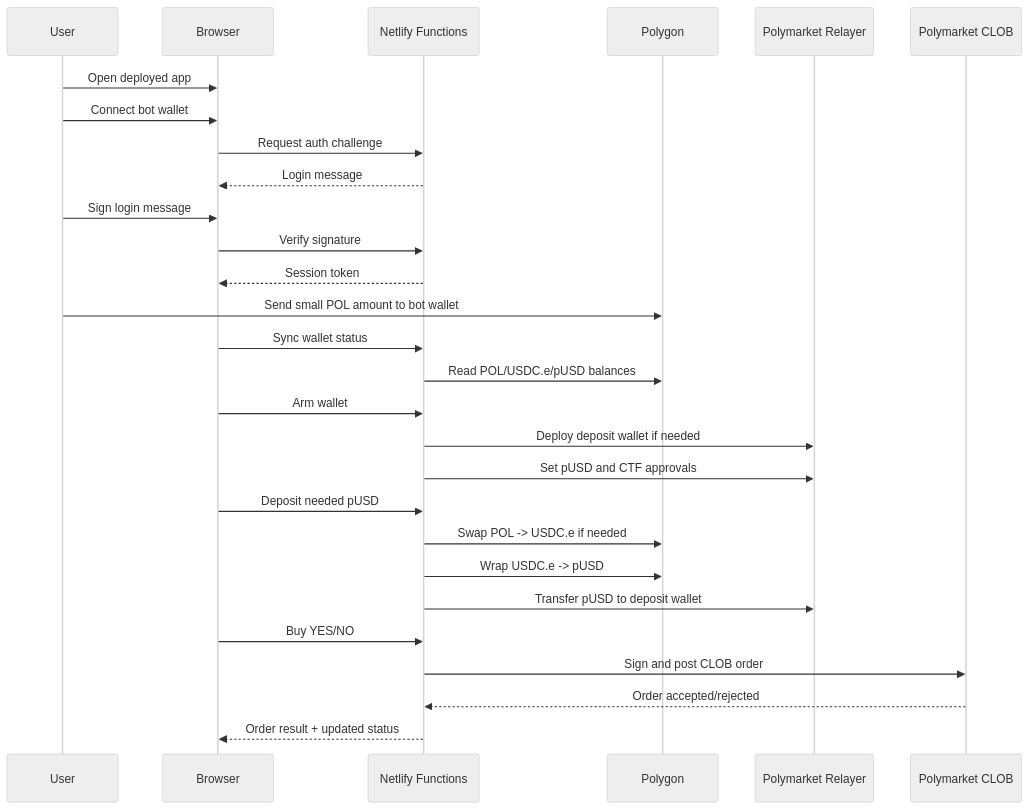
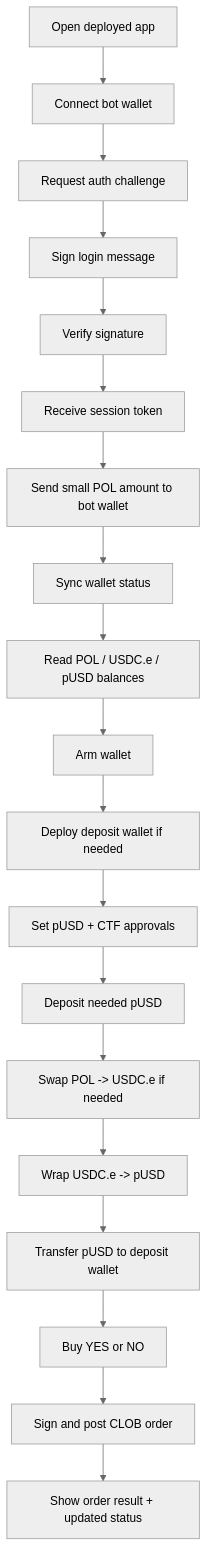
Before and after one commit to alphastack1/POLYMARKET-WIZARD: the fourth of 10 diagrams in docs/polymarket-wizard-guide.md, drawn with Mermaid (neutral theme). The commit also changed other lines of this file and 1 other file, not shown here.

Commit message:
Mask guide secrets and verticalize diagrams

````diff
--- a/docs/polymarket-wizard-guide.md
+++ b/docs/polymarket-wizard-guide.md
@@ -229,31 +230,21 @@
 ```mermaid
-sequenceDiagram
-  participant U as User
-  participant B as Browser
-  participant F as Netlify Functions
-  participant P as Polygon
-  participant R as Polymarket Relayer
-  participant C as Polymarket CLOB
-
-  U->>B: Open deployed app
-  U->>B: Connect bot wallet
-  B->>F: Request auth challenge
-  F-->>B: Login message
-  U->>B: Sign login message
-  B->>F: Verify signature
-  F-->>B: Session token
-  U->>P: Send small POL amount to bot wallet
-  B->>F: Sync wallet status
-  F->>P: Read POL/USDC.e/pUSD balances
-  B->>F: Arm wallet
-  F->>R: Deploy deposit wallet if needed
-  F->>R: Set pUSD and CTF approvals
-  B->>F: Deposit needed pUSD
-  F->>P: Swap POL -> USDC.e if needed
-  F->>P: Wrap USDC.e -> pUSD
-  F->>R: Transfer pUSD to deposit wallet
-  B->>F: Buy YES/NO
-  F->>C: Sign and post CLOB order
-  C-->>F: Order accepted/rejected
-  F-->>B: Order result + updated status
+flowchart TB
+  A["Open deployed app"] --> B["Connect bot wallet"]
+  B --> C["Request auth challenge"]
+  C --> D["Sign login message"]
+  D --> E["Verify signature"]
+  E --> F["Receive session token"]
+  F --> G["Send small POL amount to bot wallet"]
+  G --> H["Sync wallet status"]
+  H --> I["Read POL / USDC.e / pUSD balances"]
+  I --> J["Arm wallet"]
+  J --> K["Deploy deposit wallet if needed"]
+  K --> L["Set pUSD + CTF approvals"]
+  L --> M["Deposit needed pUSD"]
+  M --> N["Swap POL -> USDC.e if needed"]
+  N --> O["Wrap USDC.e -> pUSD"]
+  O --> P["Transfer pUSD to deposit wallet"]
+  P --> Q["Buy YES or NO"]
+  Q --> R["Sign and post CLOB order"]
+  R --> S["Show order result + updated status"]
 ```
````
